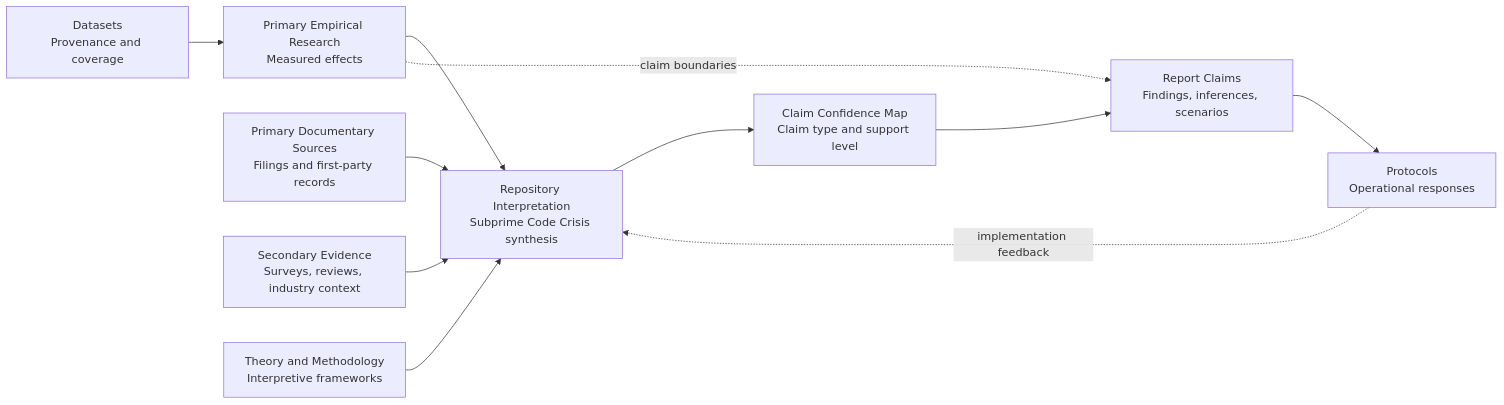
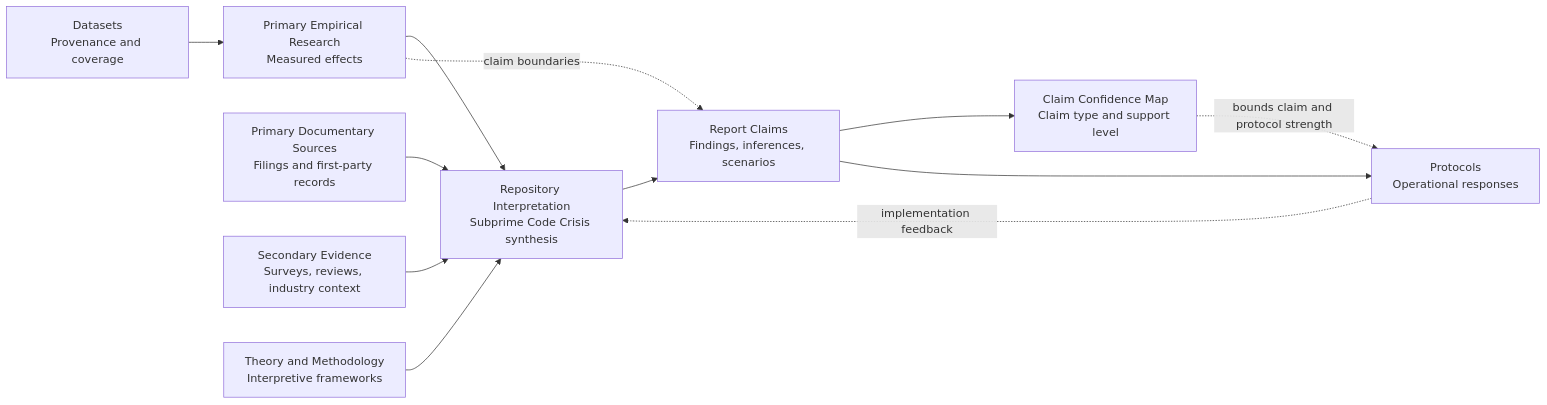
The first of 3 diagrams in README.md (UncertaintyArchitectureGroup/The-Subprime-Code-Crisis), drawn with Mermaid before and after one commit. The commit also changed other lines of this file, not shown here.

Commit message:
Correct evidence-to-report artifact flow

````diff
--- a/README.md
+++ b/README.md
@@ -84,24 +84,25 @@
 ```mermaid
 flowchart LR
     P[Primary Empirical Research<br/>Measured effects]
     F[Primary Documentary Sources<br/>Filings and first-party records]
     S[Secondary Evidence<br/>Surveys, reviews, industry context]
     T[Theory and Methodology<br/>Interpretive frameworks]
     D[Datasets<br/>Provenance and coverage]
     I[Repository Interpretation<br/>Subprime Code Crisis synthesis]
+    R[Report Claims<br/>Findings, inferences, scenarios]
     C[Claim Confidence Map<br/>Claim type and support level]
-    R[Report Claims<br/>Findings, inferences, scenarios]
     O[Protocols<br/>Operational responses]
 
     D --> P
     P --> I
     F --> I
     S --> I
     T --> I
-    I --> C
-    C --> R
+    I --> R
+    R --> C
     R --> O
+    C -. bounds claim and protocol strength .-> O
 
     P -. claim boundaries .-> R
     O -. implementation feedback .-> I
 ```
````
